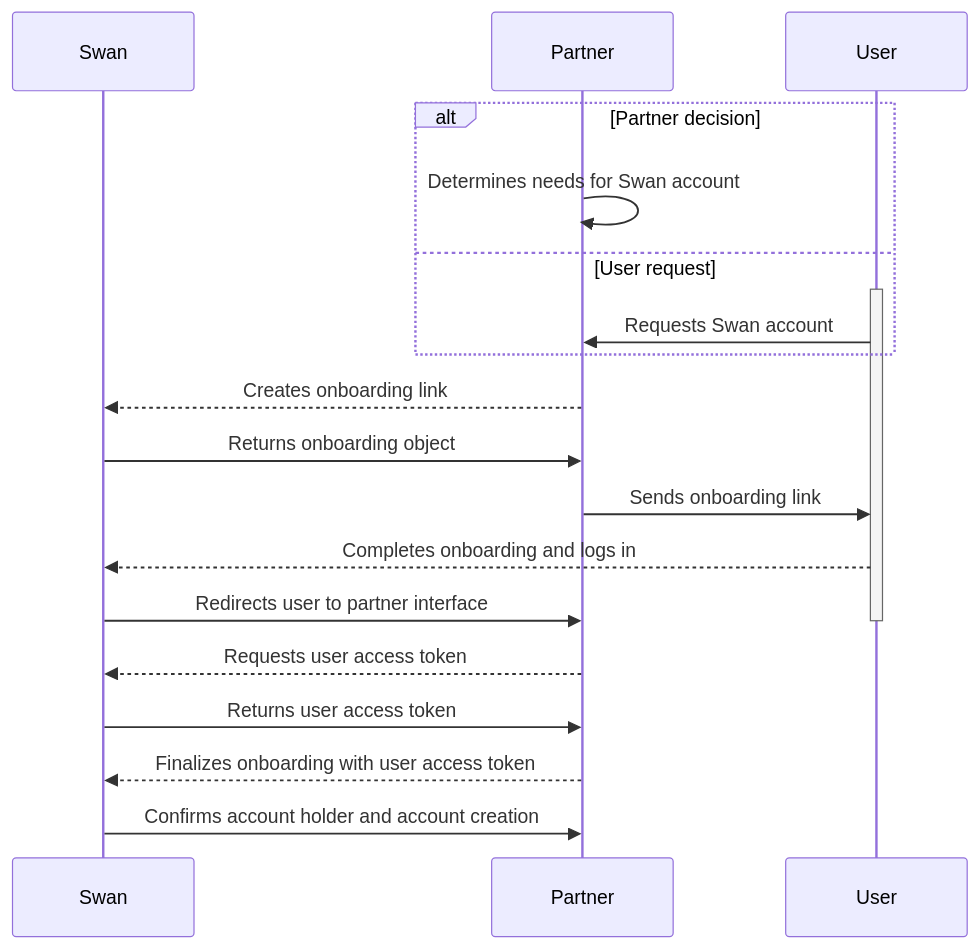
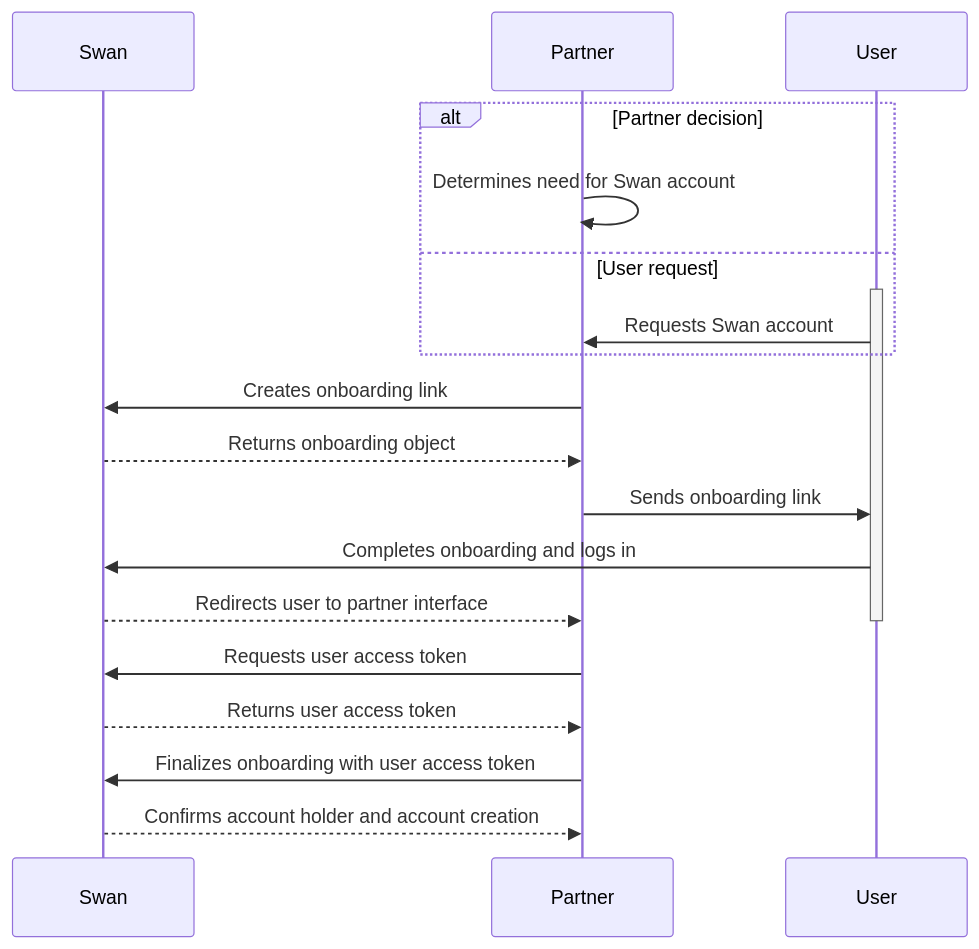
Before and after one commit to swan-io/docs: the second of 2 diagrams in docs/topics/onboarding/about.mdx, drawn with Mermaid. The commit also changed other lines of this file and 4 other files, not shown here.

````diff
--- a/docs/topics/onboarding/about.mdx
+++ b/docs/topics/onboarding/about.mdx
@@ -59,22 +73,22 @@
 ```mermaid
 sequenceDiagram
 participant S as Swan
 participant P as Partner
 participant U as User
     alt Partner decision
-        P ->> P: Determines needs for Swan account
+        P ->> P: Determines need for Swan account
     else User request
     activate U
         U ->> P: Requests Swan account
     end
-    P -->> S: Creates onboarding link
-    S ->> P: Returns onboarding object
+    P ->> S: Creates onboarding link
+    S -->> P: Returns onboarding object
     P ->> U: Sends onboarding link
-    U -->> S: Completes onboarding and logs in
-    S ->> P: Redirects user to partner interface
+    U ->> S: Completes onboarding and logs in
+    S -->> P: Redirects user to partner interface
     deactivate U
-    P -->> S: Requests user access token
-    S ->> P: Returns user access token
-    P -->> S: Finalizes onboarding with user access token
-    S ->> P: Confirms account holder and account creation
+    P ->> S: Requests user access token
+    S -->> P: Returns user access token
+    P ->> S: Finalizes onboarding with user access token
+    S -->> P: Confirms account holder and account creation
 ```
````
